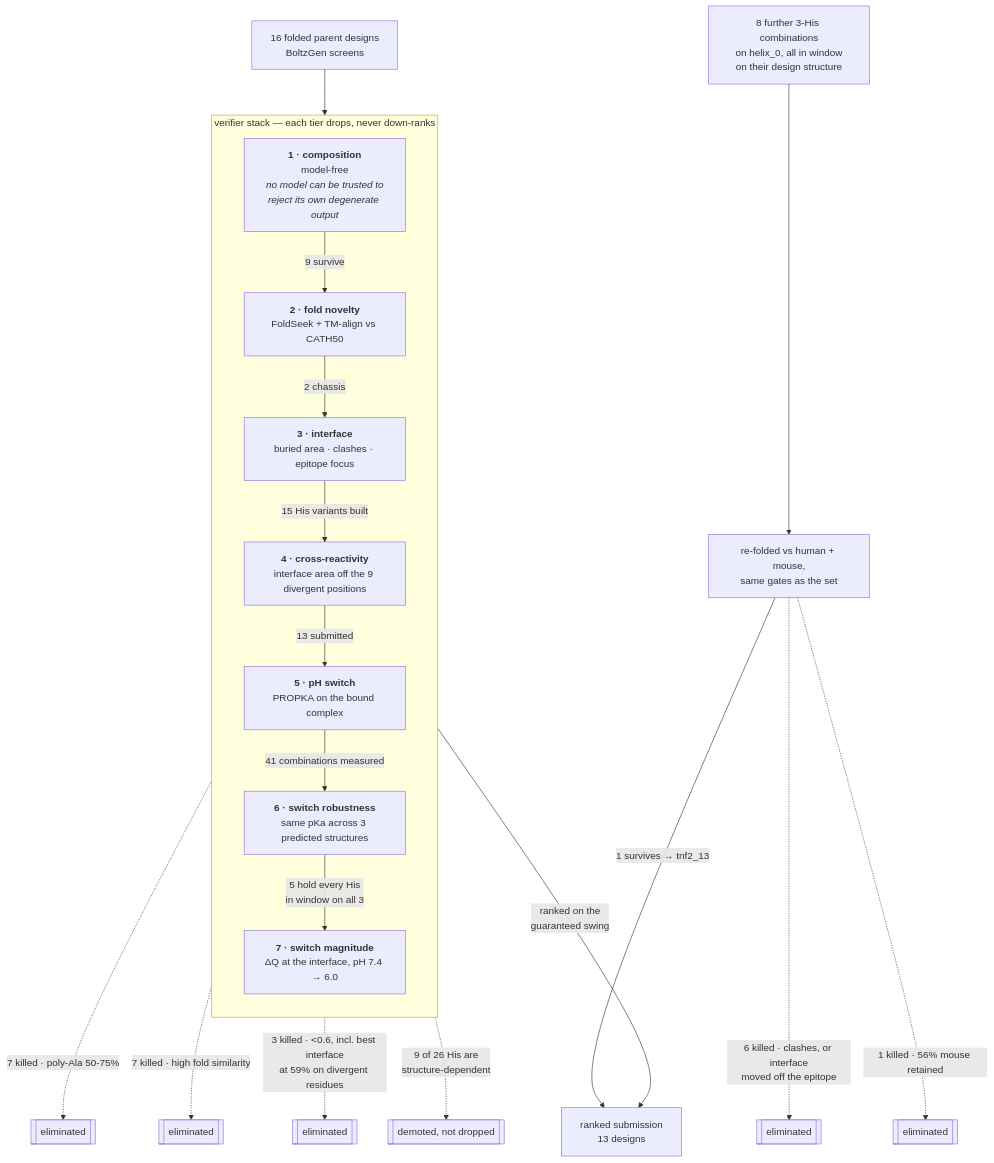
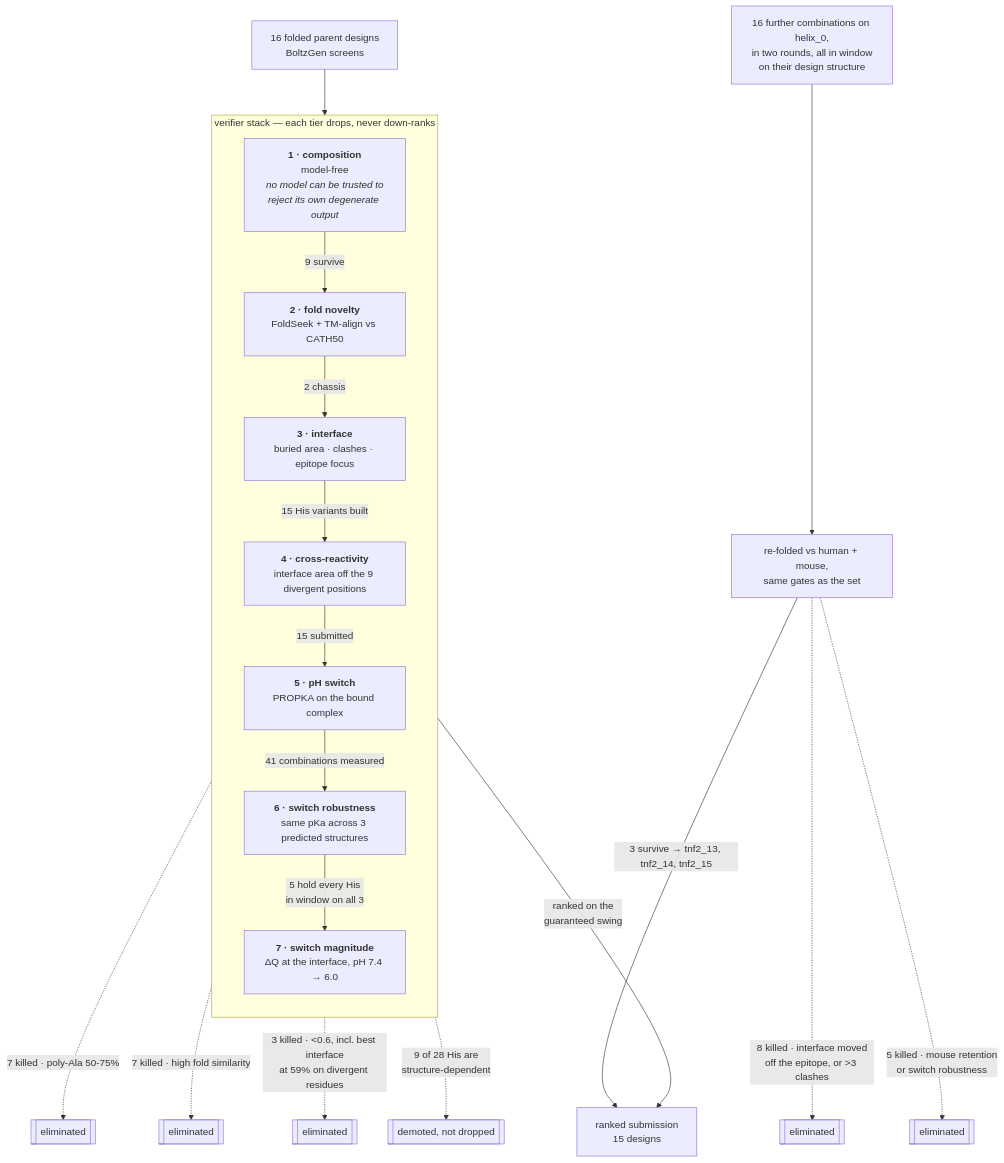
The diagram in tnf-binder/submission/methodology/methodology.md (charleneleong-ai/ai4science), drawn with Mermaid before and after one commit. The commit also changed other lines of this file and 4 other files, not shown here.

````diff
--- a/tnf-binder/submission/methodology/methodology.md
+++ b/tnf-binder/submission/methodology/methodology.md
@@ -120,30 +120,30 @@
 ```mermaid
 flowchart TB
     G["16 folded parent designs<br/>BoltzGen screens"] --> V1
     subgraph S["verifier stack — each tier drops, never down-ranks"]
         direction TB
         V1["<b>1 · composition</b><br/>model-free<br/><i>no model can be trusted to<br/>reject its own degenerate output</i>"]
         V2["<b>2 · fold novelty</b><br/>FoldSeek + TM-align vs CATH50"]
         V3["<b>3 · interface</b><br/>buried area · clashes · epitope focus"]
         V4["<b>4 · cross-reactivity</b><br/>interface area off the 9 divergent positions"]
         V5["<b>5 · pH switch</b><br/>PROPKA on the bound complex"]
         V6["<b>6 · switch robustness</b><br/>same pKa across 3 predicted structures"]
         V7["<b>7 · switch magnitude</b><br/>ΔQ at the interface, pH 7.4 → 6.0"]
     end
     V1 -->|"9 survive"| V2
     V1 -.->|"7 killed · poly-Ala 50-75%"| X1[["eliminated"]]
     V2 -->|"2 chassis"| V3
     V2 -.->|"7 killed · high fold similarity"| X2[["eliminated"]]
     V3 -->|"15 His variants built"| V4
-    V4 -->|"13 submitted"| V5
+    V4 -->|"15 submitted"| V5
     V4 -.->|"3 killed · <0.6, incl. best interface<br/>at 59% on divergent residues"| X4[["eliminated"]]
     V5 -->|"41 combinations measured"| V6
     V6 -->|"5 hold every His<br/>in window on all 3"| V7
-    V6 -.->|"9 of 26 His are<br/>structure-dependent"| DEMOTE[["demoted, not dropped"]]
-    V7 -->|"ranked on the<br/>guaranteed swing"| OUT["ranked submission<br/>13 designs"]
-    F0["8 further 3-His combinations<br/>on helix_0, all in window<br/>on their design structure"] --> F1
+    V6 -.->|"9 of 28 His are<br/>structure-dependent"| DEMOTE[["demoted, not dropped"]]
+    V7 -->|"ranked on the<br/>guaranteed swing"| OUT["ranked submission<br/>15 designs"]
+    F0["16 further combinations on helix_0,<br/>in two rounds, all in window<br/>on their design structure"] --> F1
     F1["re-folded vs human + mouse,<br/>same gates as the set"]
-    F1 -.->|"6 killed · clashes, or interface<br/>moved off the epitope"| XF1[["eliminated"]]
-    F1 -.->|"1 killed · 56% mouse retained"| XF2[["eliminated"]]
-    F1 -->|"1 survives → tnf2_13"| OUT
+    F1 -.->|"8 killed · interface moved<br/>off the epitope, or >3 clashes"| XF1[["eliminated"]]
+    F1 -.->|"5 killed · mouse retention<br/>or switch robustness"| XF2[["eliminated"]]
+    F1 -->|"3 survive → tnf2_13, tnf2_14, tnf2_15"| OUT
 ```
````
